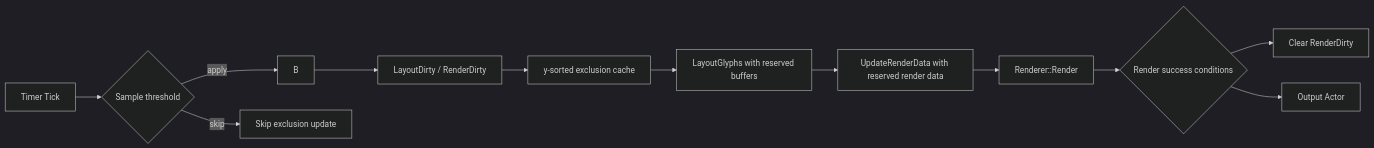
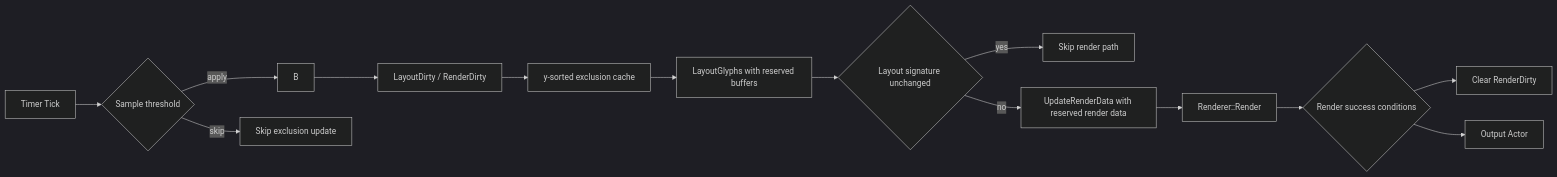
Before and after one commit to wonrst/dali-ui: the diagram in docs/text-visualizer/15-current-optimization-status.ko.md, drawn with Mermaid (dark theme). The commit also changed other lines of this file and 5 other files, not shown here.

Commit message:
Skip TextVisualizer render when layout is unchanged

````diff
--- a/docs/text-visualizer/15-current-optimization-status.ko.md
+++ b/docs/text-visualizer/15-current-optimization-status.ko.md
@@ -348,14 +382,16 @@
 ```mermaid
 flowchart LR
   A[Timer Tick] --> B0{Sample threshold}
   B0 -->|apply| B
   B0 -->|skip| S[Skip exclusion update]
   B --> C[LayoutDirty / RenderDirty]
   C --> D[y-sorted exclusion cache]
   D --> E[LayoutGlyphs with reserved buffers]
-  E --> F[UpdateRenderData with reserved render data]
+  E --> L{Layout signature unchanged}
+  L -->|yes| K[Skip render path]
+  L -->|no| F[UpdateRenderData with reserved render data]
   F --> G[Renderer::Render]
   G --> H{Render success conditions}
   H --> I[Clear RenderDirty]
   H --> J[Output Actor]
 ```
````
